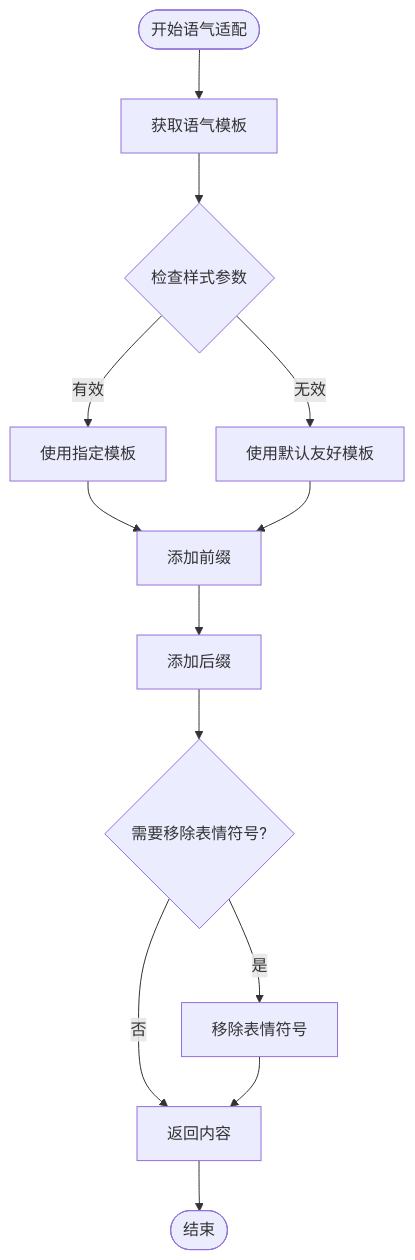
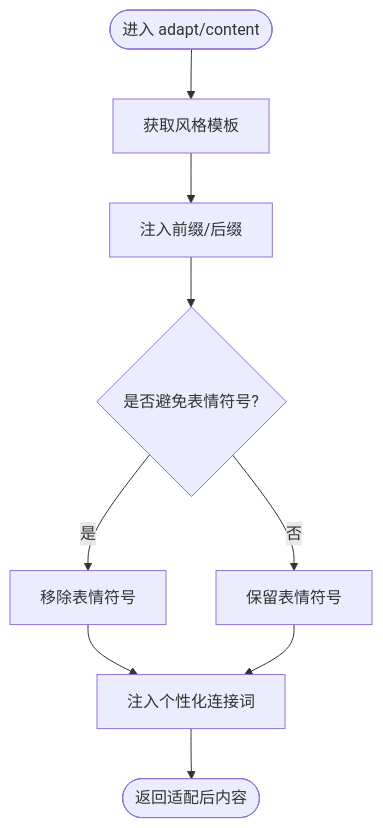
One commit to JieGaoPrinceton/NecoRAG changed the fourth of 6 diagrams in .qoder/repowiki/zh/content/交互层模块/语气适配器.md. Above: the diagram before and after it, drawn with Mermaid. The commit also changed other lines of this file and 181 other files, not shown here.

````diff
--- a/.qoder/repowiki/zh/content/交互层模块/语气适配器.md
+++ b/.qoder/repowiki/zh/content/交互层模块/语气适配器.md
@@ -140,15 +181,11 @@
 ```mermaid
 flowchart TD
-Start([开始语气适配]) --> GetTemplate["获取语气模板"]
-GetTemplate --> CheckStyle{"检查样式参数"}
-CheckStyle --> |有效| UseTemplate["使用指定模板"]
-CheckStyle --> |无效| UseDefault["使用默认友好模板"]
-UseTemplate --> AddPrefix["添加前缀"]
-UseDefault --> AddPrefix
-AddPrefix --> AddSuffix["添加后缀"]
-AddSuffix --> CheckEmoji{"需要移除表情符号?"}
-CheckEmoji --> |是| RemoveEmoji["移除表情符号"]
-CheckEmoji --> |否| ReturnContent["返回内容"]
-RemoveEmoji --> ReturnContent
-ReturnContent --> End([结束])
+Start(["进入 adapt/content"]) --> GetTemplate["获取风格模板"]
+GetTemplate --> PrefixSuffix["注入前缀/后缀"]
+PrefixSuffix --> EmojiCheck{"是否避免表情符号?"}
+EmojiCheck --> |是| RemoveEmojis["移除表情符号"]
+EmojiCheck --> |否| KeepEmojis["保留表情符号"]
+RemoveEmojis --> InjectPersonality["注入个性化连接词"]
+KeepEmojis --> InjectPersonality
+InjectPersonality --> End(["返回适配后内容"])
 ```
````
